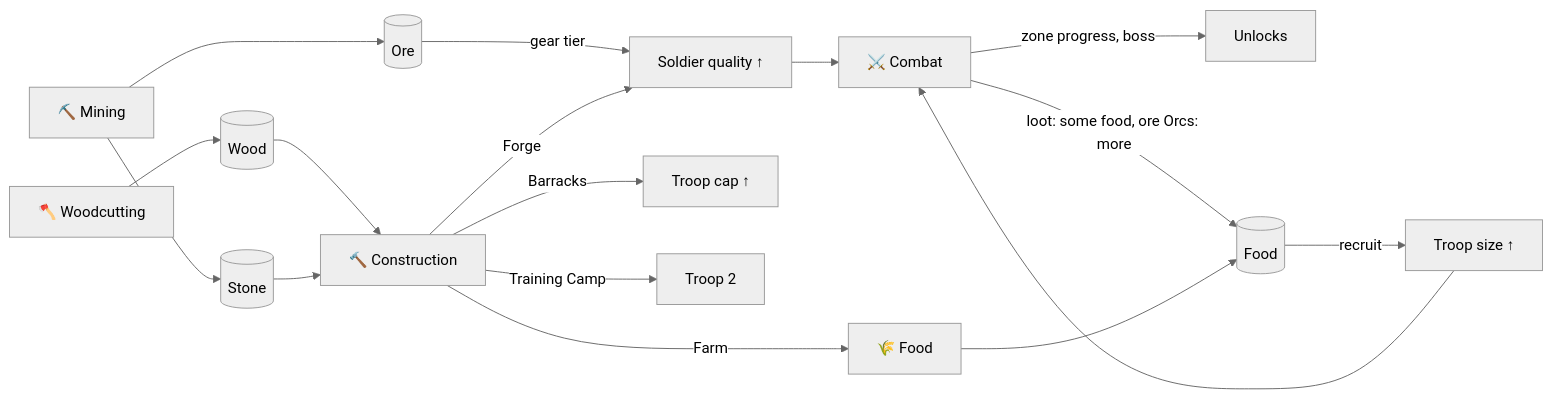
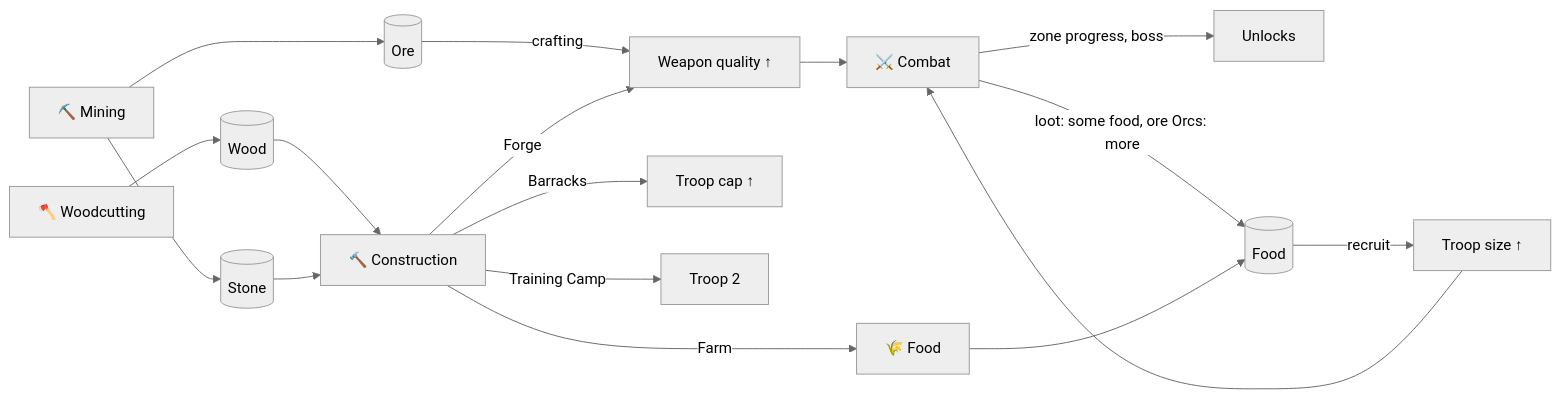
One commit to Ryngmarks/Idle-RPG- changed the diagram in docs/TROOP_MODEL.md. Above: the diagram before and after it, drawn with Mermaid (neutral theme). The commit also changed other lines of this file and 7 other files, not shown here.

First line of the commit message:
Docs v0.5: equipment tiers T1–T8, quality and crafting (long-term structure)

````diff
--- a/docs/TROOP_MODEL.md
+++ b/docs/TROOP_MODEL.md
@@ -262,19 +262,19 @@
 ```mermaid
 flowchart LR
     COMBAT[⚔️ Combat] -->|zone progress, boss| UNLOCK[Unlocks]
     COMBAT -->|loot: some food, ore Orcs: more| FOOD
     FOODACT[🌾 Food] --> FOOD[(Food)]
     MINE[⛏️ Mining] --> STONE[(Stone)]
     MINE --> ORE[(Ore)]
     WOOD[🪓 Woodcutting] --> WOODR[(Wood)]
     FOOD -->|recruit| SIZE[Troop size ↑]
-    ORE -->|gear tier| QUAL[Soldier quality ↑]
+    ORE -->|crafting| QUAL[Weapon quality ↑]
     WOODR --> BUILD[🔨 Construction]
     STONE --> BUILD
     BUILD -->|Barracks| CAP[Troop cap ↑]
     BUILD -->|Training Camp| SLOT[Troop 2]
     BUILD -->|Forge| QUAL
     BUILD -->|Farm| FOODACT
     SIZE --> COMBAT
     QUAL --> COMBAT
 ```
````
